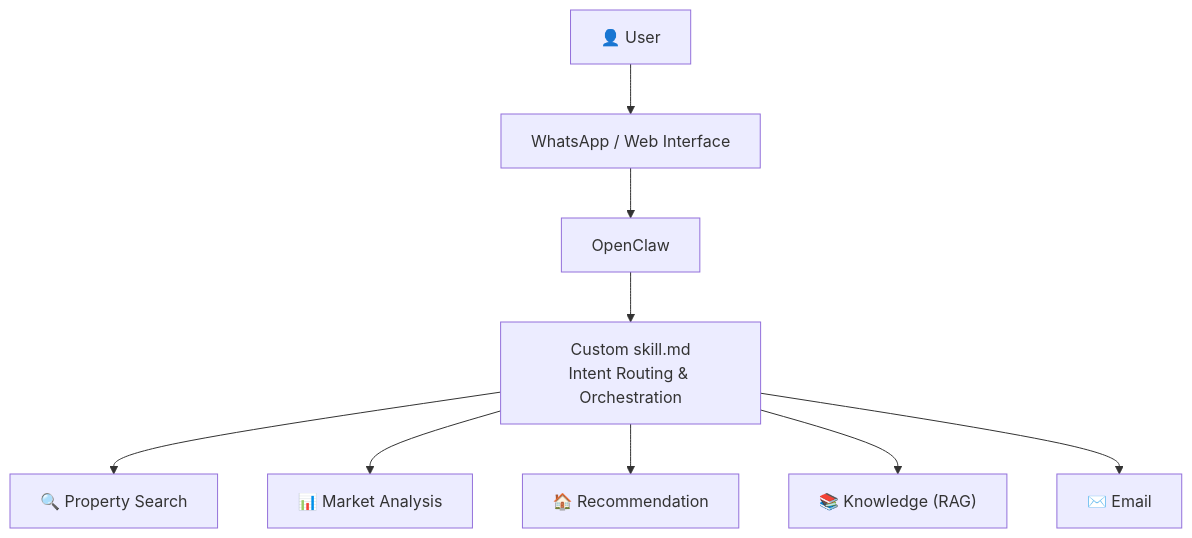
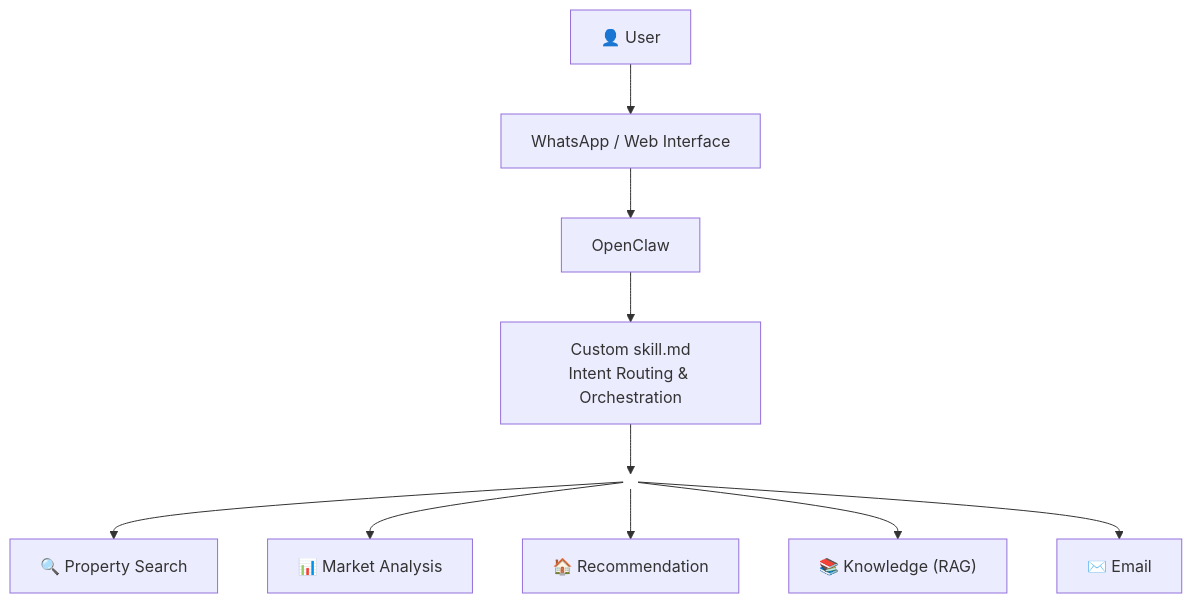
The diagram in README.md (dongxiaox0728/Real-Estate-Multi-agent-AI-Assistant), drawn with Mermaid before and after one commit.

Commit message:
Update workflow diagram in Readme

````diff
--- a/README.md
+++ b/README.md
@@ -23,23 +23,29 @@
 ```mermaid
 flowchart TB
     USER["👤 User"]
     UI["WhatsApp / Web Interface"]
     OPENCLAW["OpenClaw"]
     SKILL["Custom skill.md<br/>Intent Routing & Orchestration"]
+
+    ROUTER((" "))
 
     SEARCH["🔍 Property Search"]
     MARKET["📊 Market Analysis"]
     REC["🏠 Recommendation"]
     RAG["📚 Knowledge (RAG)"]
     EMAIL["✉️ Email"]
 
     USER --> UI
     UI --> OPENCLAW
     OPENCLAW --> SKILL
 
-    SKILL --> SEARCH
-    SKILL --> MARKET
-    SKILL --> REC
-    SKILL --> RAG
-    SKILL --> EMAIL
+    SKILL --> ROUTER
+
+    ROUTER --> SEARCH
+    ROUTER --> MARKET
+    ROUTER --> REC
+    ROUTER --> RAG
+    ROUTER --> EMAIL
+
+    style ROUTER fill:transparent,stroke:transparent
 ```
````
